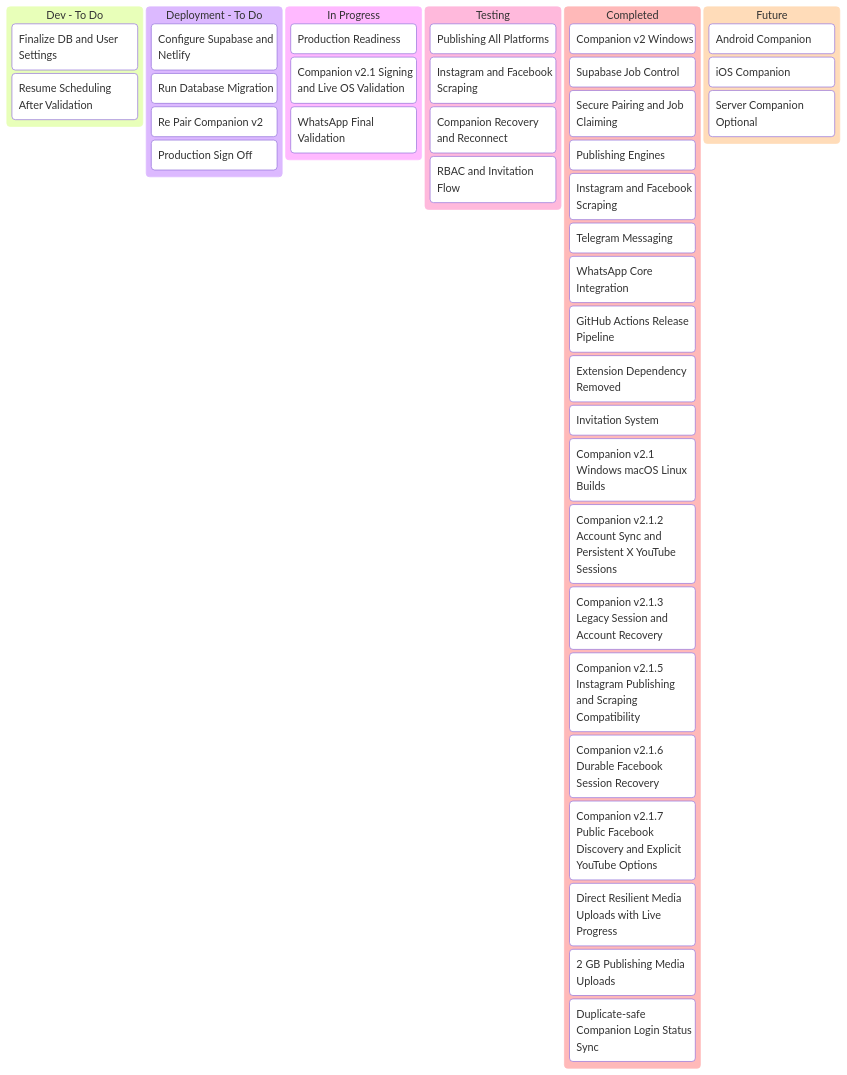
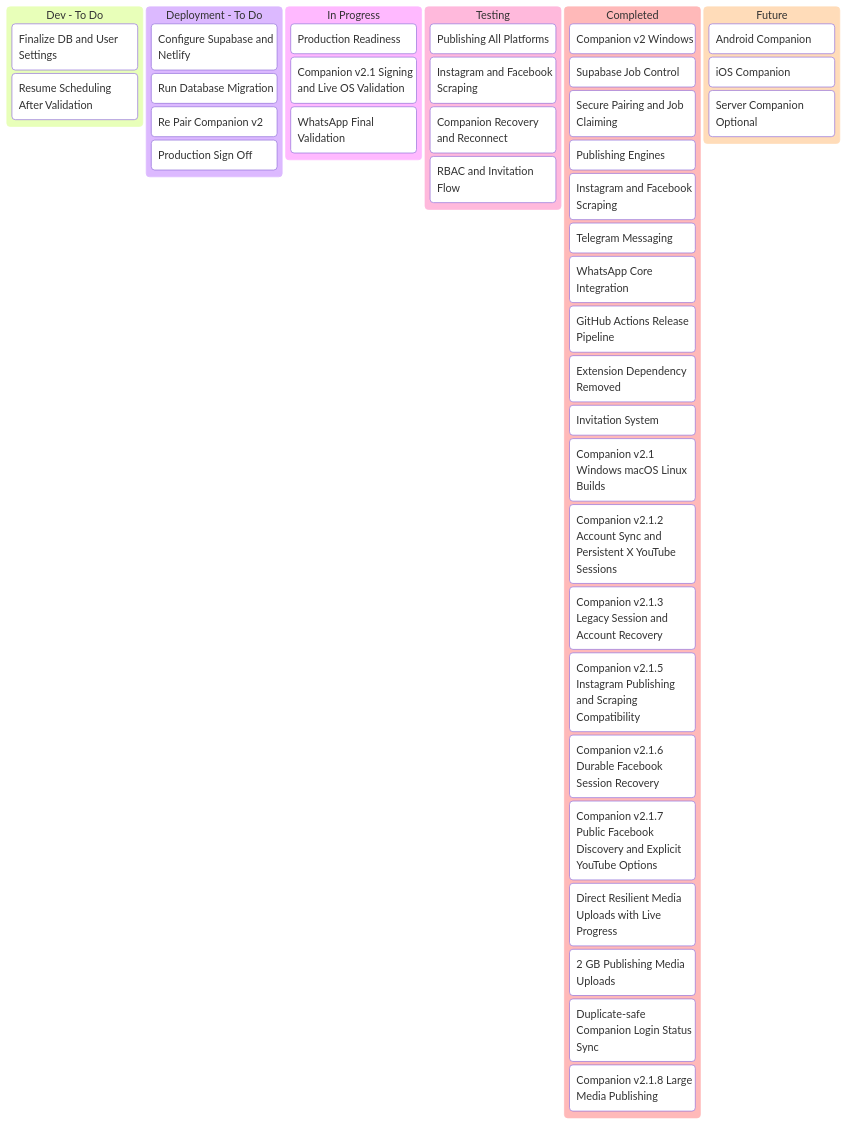
One commit to tinitiateprime/agentic-that changed the first of 2 diagrams in agentic-that-project-tracker.md. Above: the diagram before and after it, drawn with Mermaid. The commit also changed 17 other files, not shown here.

Commit message:
fix: publish large media from companion

````diff
--- a/agentic-that-project-tracker.md
+++ b/agentic-that-project-tracker.md
@@ -5,49 +5,50 @@
 ```mermaid
 kanban
   devTodo[Dev - To Do]
     dev1[Finalize DB and User Settings]
     dev2[Resume Scheduling After Validation]
 
   deploymentTodo[Deployment - To Do]
     dep1[Configure Supabase and Netlify]
     dep2[Run Database Migration]
     dep3[Re Pair Companion v2]
     dep4[Production Sign Off]
 
   inProgress[In Progress]
     prog1[Production Readiness]
     prog2[Companion v2.1 Signing and Live OS Validation]
     prog3[WhatsApp Final Validation]
 
   testing[Testing]
     test1[Publishing All Platforms]
     test2[Instagram and Facebook Scraping]
     test3[Companion Recovery and Reconnect]
     test4[RBAC and Invitation Flow]
 
   completed[Completed]
     done1[Companion v2 Windows]
     done2[Supabase Job Control]
     done3[Secure Pairing and Job Claiming]
     done4[Publishing Engines]
     done5[Instagram and Facebook Scraping]
     done6[Telegram Messaging]
     done7[WhatsApp Core Integration]
     done8[GitHub Actions Release Pipeline]
     done9[Extension Dependency Removed]
     done10[Invitation System]
     done11[Companion v2.1 Windows macOS Linux Builds]
     done12[Companion v2.1.2 Account Sync and Persistent X YouTube Sessions]
     done13[Companion v2.1.3 Legacy Session and Account Recovery]
     done14[Companion v2.1.5 Instagram Publishing and Scraping Compatibility]
     done15[Companion v2.1.6 Durable Facebook Session Recovery]
     done16[Companion v2.1.7 Public Facebook Discovery and Explicit YouTube Options]
     done17[Direct Resilient Media Uploads with Live Progress]
     done18[2 GB Publishing Media Uploads]
     done19[Duplicate-safe Companion Login Status Sync]
+    done20[Companion v2.1.8 Large Media Publishing]
 
   future[Future]
     future1[Android Companion]
     future2[iOS Companion]
     future3[Server Companion Optional]
 ```
````
